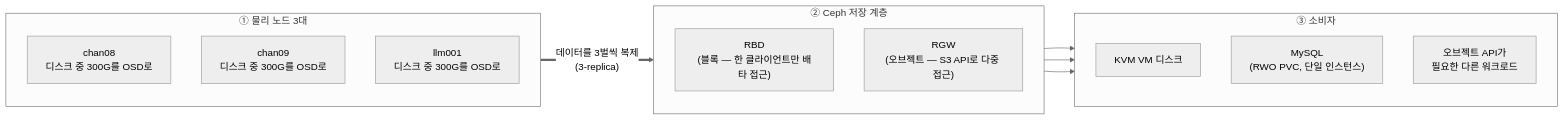
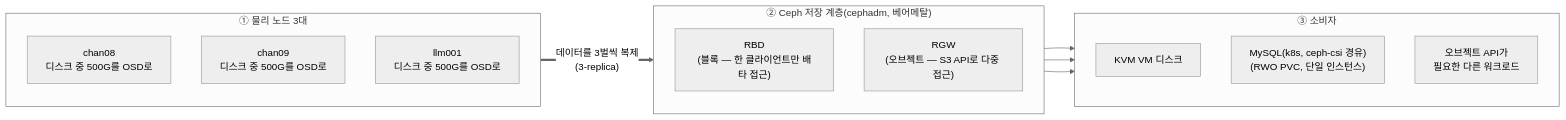
One commit to gywndi/homelab-diary changed the diagram in lessons/07-1-ceph-storage.md. Above: the diagram before and after it, drawn with Mermaid (neutral theme). The commit also changed other lines of this file and 19 other files, not shown here.

First line of the commit message:
Ceph를 Rook(k8s)에서 cephadm(베어메탈)로 재구성

````diff
--- a/lessons/07-1-ceph-storage.md
+++ b/lessons/07-1-ceph-storage.md
@@ -32,28 +39,28 @@
 ```mermaid
 flowchart LR
     subgraph NODES["① 물리 노드 3대"]
         direction TB
-        N08["chan08<br/>디스크 중 300G를 OSD로"]
-        N09["chan09<br/>디스크 중 300G를 OSD로"]
-        N10["llm001<br/>디스크 중 300G를 OSD로"]
+        N08["chan08<br/>디스크 중 500G를 OSD로"]
+        N09["chan09<br/>디스크 중 500G를 OSD로"]
+        N10["llm001<br/>디스크 중 500G를 OSD로"]
     end
 
     NODES == "데이터를 3벌씩 복제<br/>(3-replica)" ==> POOL
 
-    subgraph POOL["② Ceph 저장 계층"]
+    subgraph POOL["② Ceph 저장 계층(cephadm, 베어메탈)"]
         direction TB
         RBD["RBD<br/>(블록 — 한 클라이언트만 배타 접근)"]
         RGW["RGW<br/>(오브젝트 — S3 API로 다중 접근)"]
     end
 
     subgraph CONSUMERS["③ 소비자"]
         direction TB
         KVM["KVM VM 디스크"]
-        MYSQL["MySQL<br/>(RWO PVC, 단일 인스턴스)"]
+        MYSQL["MySQL(k8s, ceph-csi 경유)<br/>(RWO PVC, 단일 인스턴스)"]
         EXT["오브젝트 API가<br/>필요한 다른 워크로드"]
     end
 
     RBD --> KVM
     RBD --> MYSQL
     RGW --> EXT
 ```
````
